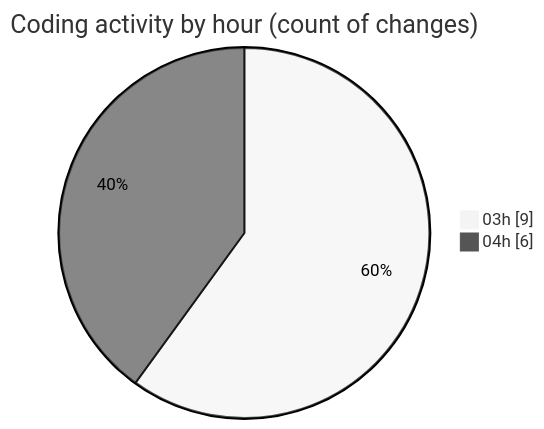
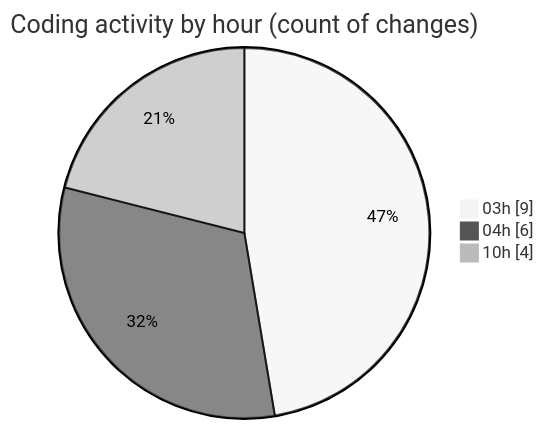
One commit to julien-gomy/code-tracking changed the second of 2 diagrams in 2025-10-30/eventscop-frontend-guide__workspace_/README.md. Above: the diagram before and after it, drawn with Mermaid (neutral theme). The commit also changed other lines of this file and 1 other file, not shown here.

````diff
--- a/2025-10-30/eventscop-frontend-guide__workspace_/README.md
+++ b/2025-10-30/eventscop-frontend-guide__workspace_/README.md
@@ -38,6 +38,7 @@
 ```mermaid
 pie showData
 title Coding activity by hour (count of changes)
 "03h" : 9
 "04h" : 6
+"10h" : 4
 ```
````
